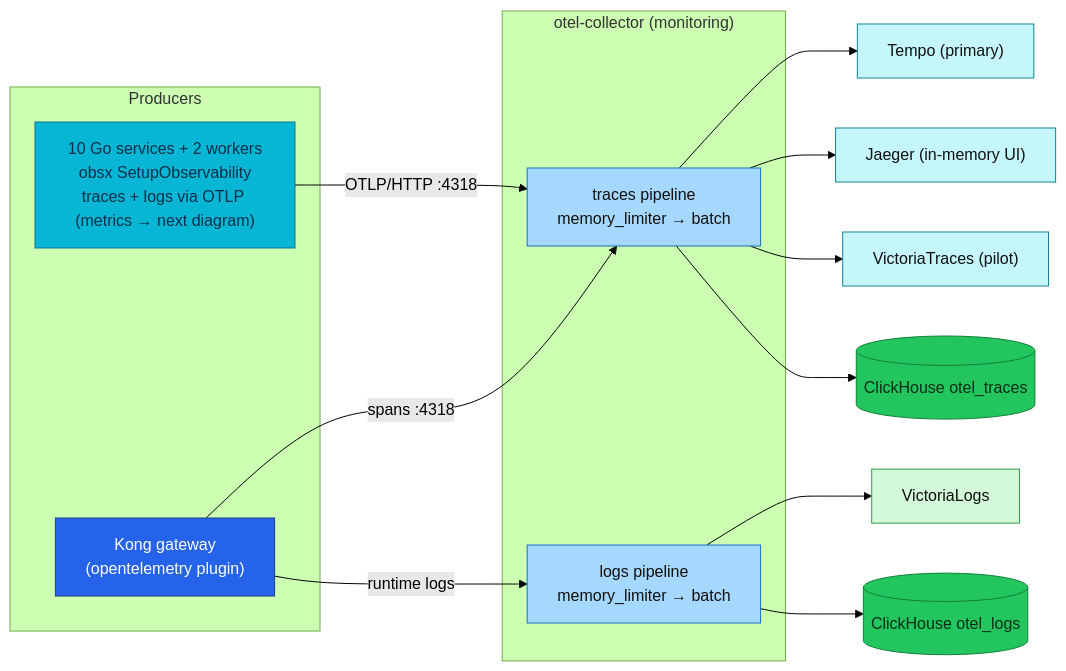
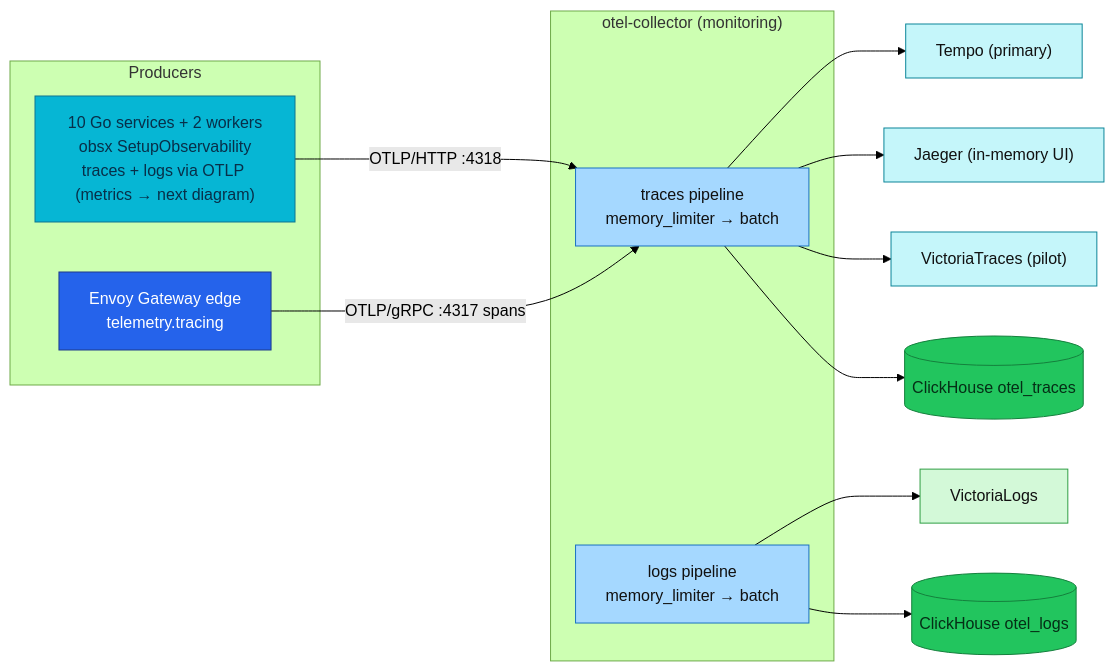
One commit to duynhlab/homelab changed the first of 2 diagrams in docs/observability/opentelemetry/README.md. Above: the diagram before and after it, drawn with Mermaid (forest theme). The commit also changed other lines of this file and 30 other files, not shown here.

````diff
--- a/docs/observability/opentelemetry/README.md
+++ b/docs/observability/opentelemetry/README.md
@@ -121,33 +122,32 @@
 ```mermaid
 flowchart LR
     subgraph Producers
         SVC["10 Go services + 2 workers<br/>obsx SetupObservability<br/>traces + logs via OTLP (metrics → next diagram)"]
-        KONG["Kong gateway<br/>(opentelemetry plugin)"]
+        EDGE["Envoy Gateway edge<br/>telemetry.tracing"]
     end
     subgraph Collector["otel-collector (monitoring)"]
         TP["traces pipeline<br/>memory_limiter → batch"]
         LP["logs pipeline<br/>memory_limiter → batch"]
     end
     SVC -->|"OTLP/HTTP :4318"| TP
-    KONG -->|"spans :4318"| TP
-    KONG -->|"runtime logs"| LP
+    EDGE -->|"OTLP/gRPC :4317 spans"| TP
     TP --> TEMPO["Tempo (primary)"]
     TP --> JAEGER["Jaeger (in-memory UI)"]
     TP --> VT["VictoriaTraces (pilot)"]
     TP --> CH[("ClickHouse otel_traces")]
     LP --> VL["VictoriaLogs"]
     LP --> CH2[("ClickHouse otel_logs")]
 
     classDef app fill:#06b6d4,color:#082f49,stroke:#0e7490;
     classDef edge fill:#2563eb,color:#fff,stroke:#1e3a8a;
     classDef otc fill:#a5d8ff,color:#111,stroke:#1971c2;
     classDef trace fill:#c5f6fa,color:#111,stroke:#0c8599;
     classDef log fill:#d3f9d8,color:#111,stroke:#2f9e44;
     classDef data fill:#22c55e,color:#052e16,stroke:#15803d;
     class SVC app;
-    class KONG edge;
+    class EDGE edge;
     class TP,LP otc;
     class TEMPO,JAEGER,VT trace;
     class VL log;
     class CH,CH2 data;
 ```
````
